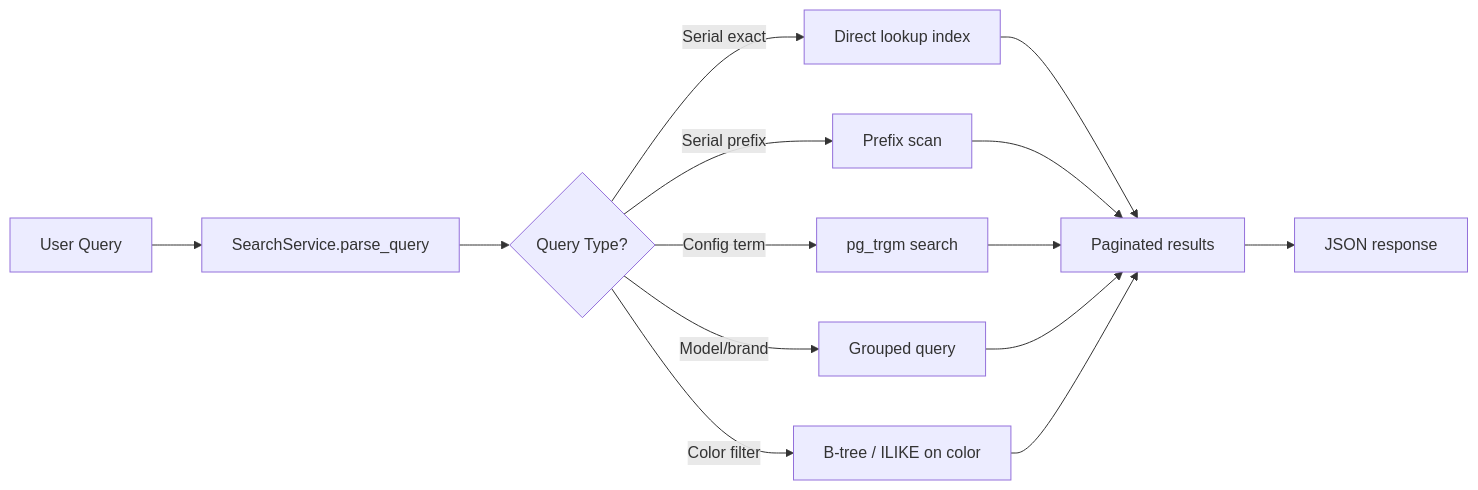
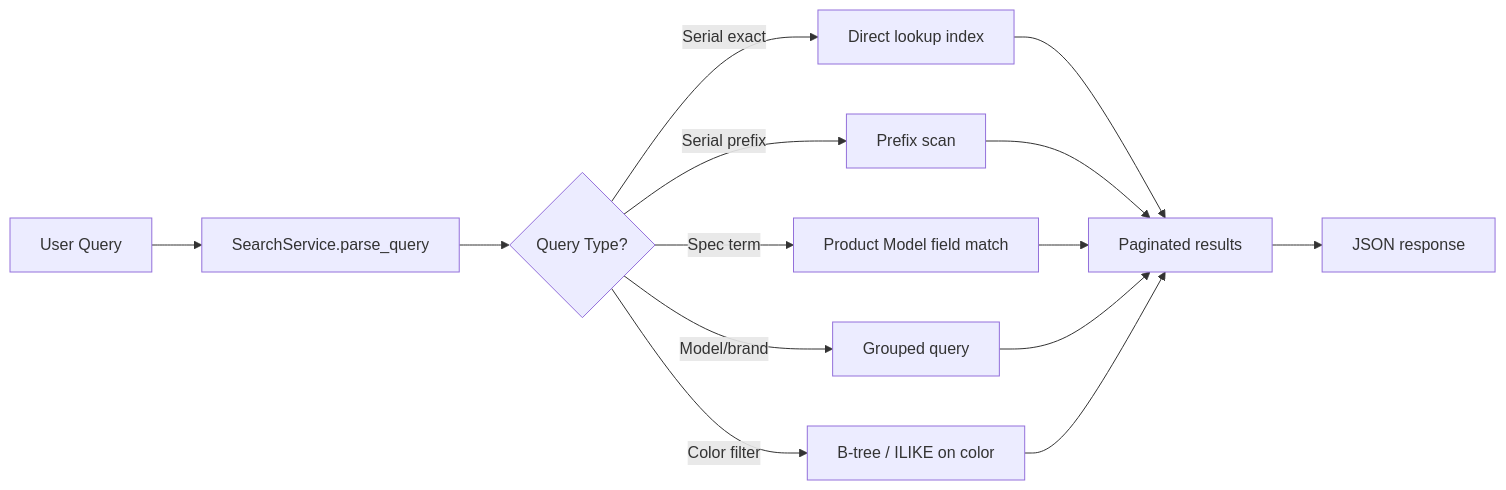
Diagram 15 of 21 in docs/SYSTEM_ARCHITECTURE.md (gptsmarth/Webstudio-IMS), drawn with Mermaid before and after one commit. The commit also changed other lines of this file and 44 other files, not shown here.

````diff
--- a/docs/SYSTEM_ARCHITECTURE.md
+++ b/docs/SYSTEM_ARCHITECTURE.md
@@ -1313,12 +1349,12 @@
 ```mermaid
 flowchart LR
     Q[User Query] --> P[SearchService.parse_query]
     P --> C{Query Type?}
     C -->|Serial exact| D1[Direct lookup index]
     C -->|Serial prefix| D2[Prefix scan]
     C -->|Color filter| D5[B-tree / ILIKE on color]
-    C -->|Config term| D3[pg_trgm search]
+    C -->|Spec term| D3[Product Model field match]
     C -->|Model/brand| D4[Grouped query]
     D1 & D2 & D3 & D4 & D5 --> R[Paginated results]
     R --> API[JSON response]
 ```
````
